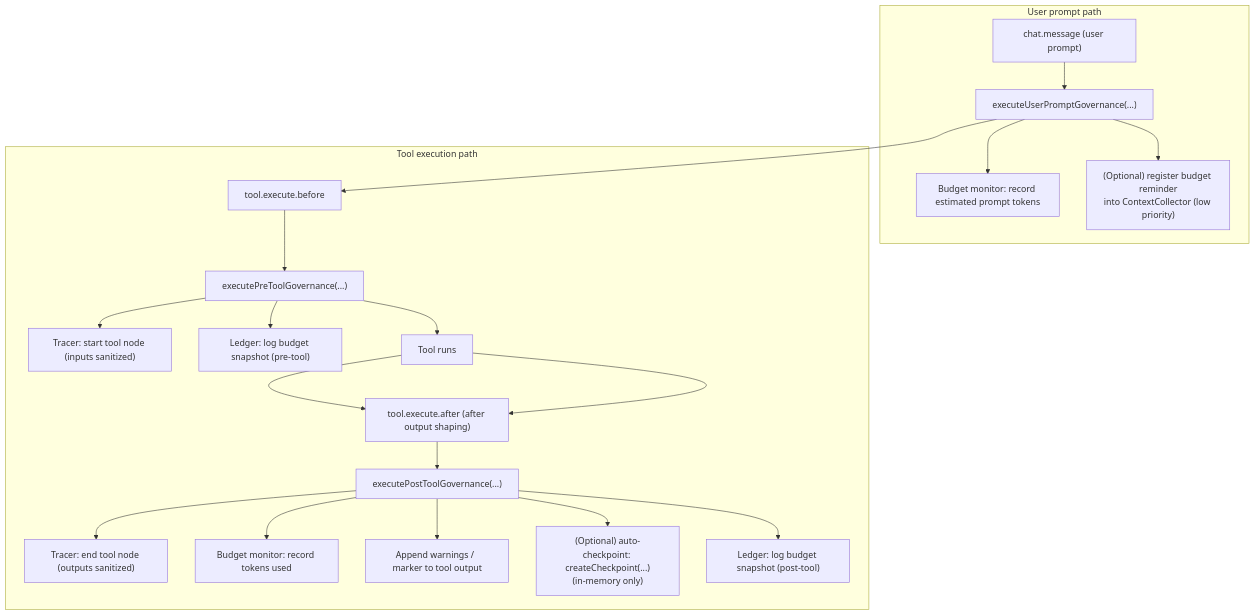
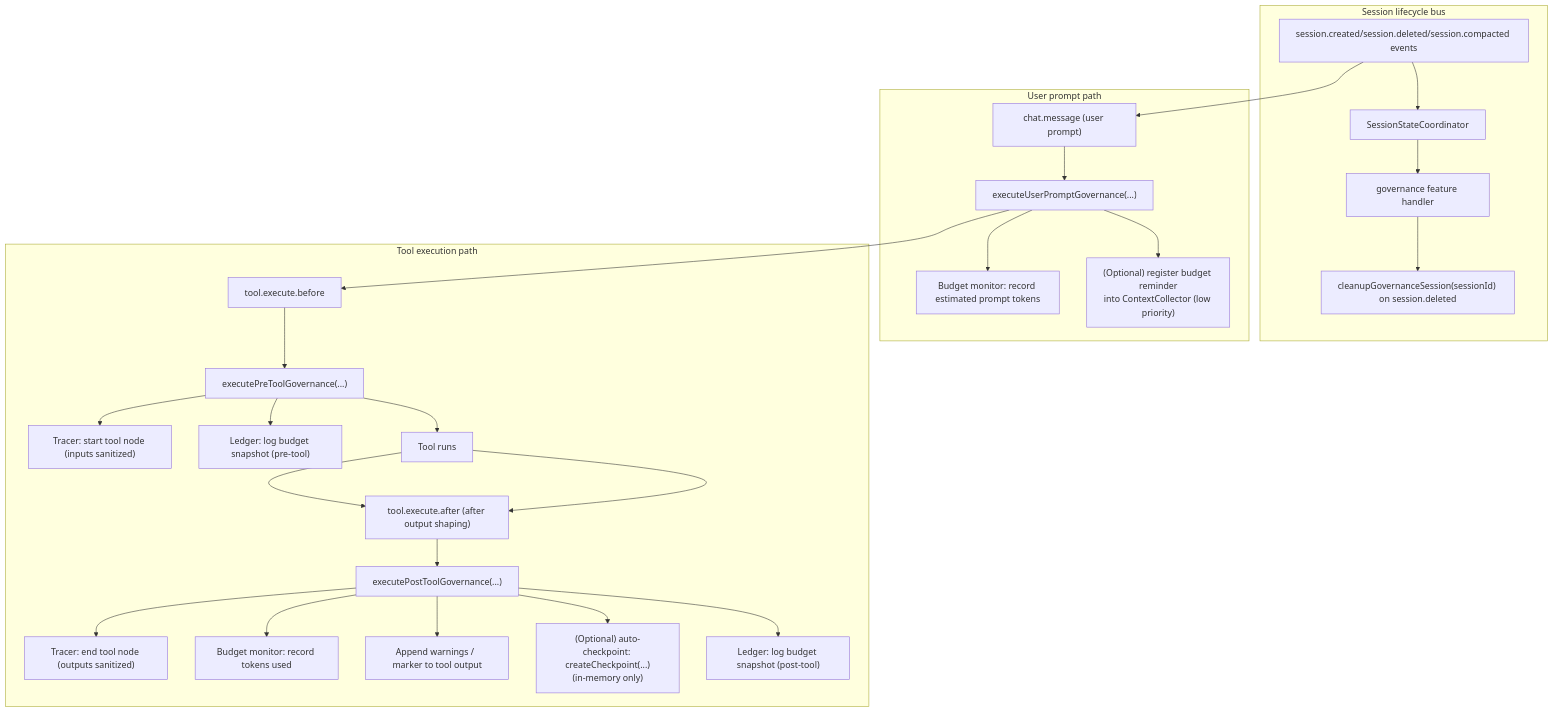
Before and after one commit to arcthur/oh-my-opencode: the diagram in docs/journeys/governance.md, drawn with Mermaid. The commit also changed other lines of this file and 23 other files, not shown here.

````diff
--- a/docs/journeys/governance.md
+++ b/docs/journeys/governance.md
@@ -15,24 +15,31 @@
 ```mermaid
 flowchart TD
+  subgraph Lifecycle["Session lifecycle bus"]
+    EVT["session.created/session.deleted/session.compacted events"] --> SSC["SessionStateCoordinator"]
+    SSC --> GH["governance feature handler"]
+    GH --> GC["cleanupGovernanceSession(sessionId) on session.deleted"]
+  end
+
   subgraph Prompt["User prompt path"]
     P["chat.message (user prompt)"] --> UP["executeUserPromptGovernance(...)"]
     UP --> B1["Budget monitor: record estimated prompt tokens"]
     UP --> C1["(Optional) register budget reminder\ninto ContextCollector (low priority)"]
   end
 
   subgraph Tool["Tool execution path"]
     PRE["tool.execute.before"] --> PT["executePreToolGovernance(...)"]
     PT --> T1["Tracer: start tool node (inputs sanitized)"]
     PT --> L1["Ledger: log budget snapshot (pre-tool)"]
     RUN["Tool runs"] --> AFTER["tool.execute.after (after output shaping)"]
     AFTER --> PO["executePostToolGovernance(...)"]
     PO --> T2["Tracer: end tool node (outputs sanitized)"]
     PO --> B2["Budget monitor: record tokens used"]
     PO --> MSG["Append warnings / <budget-exhausted> marker to tool output"]
     PO --> CP["(Optional) auto-checkpoint: createCheckpoint(...)\n(in-memory only)"]
     PO --> L2["Ledger: log budget snapshot (post-tool)"]
   end
 
   UP --> PRE
   PT --> RUN --> AFTER
+  EVT --> P
 ```
````
